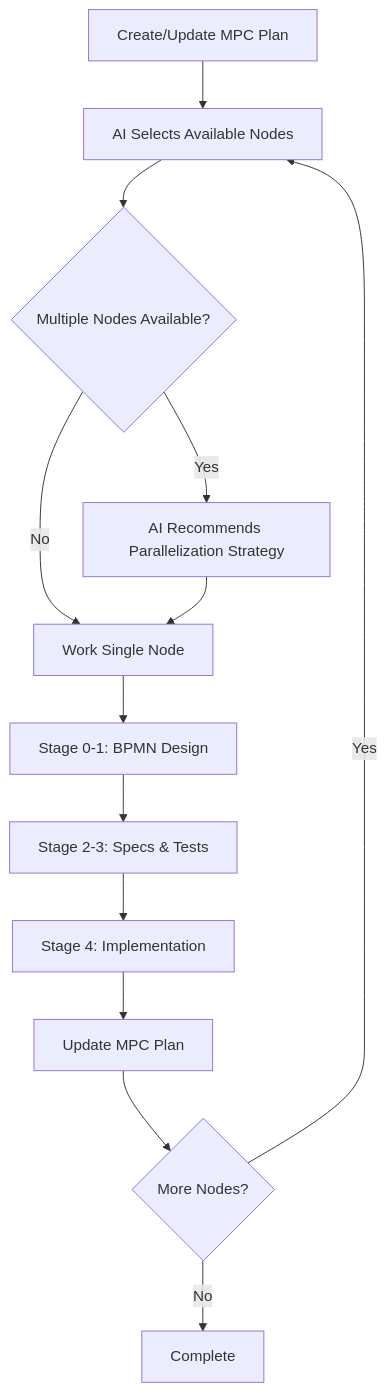
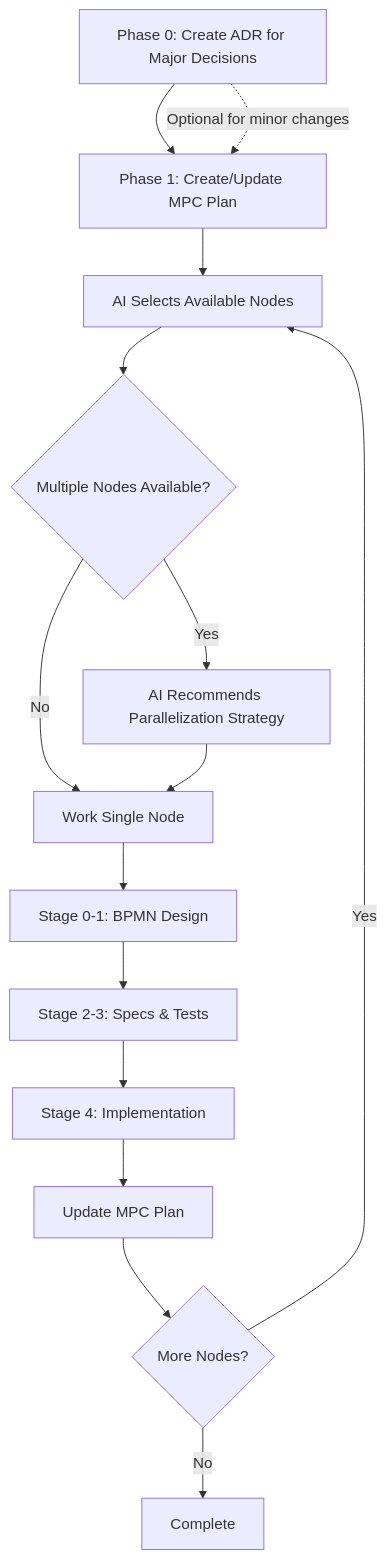
The diagram in docs/dev-workflow.md (mattbarlow-sg/workflows), drawn with Mermaid before and after one commit. The commit also changed other lines of this file and 29 other files, not shown here.

````diff
--- a/docs/dev-workflow.md
+++ b/docs/dev-workflow.md
@@ -12,15 +13,18 @@
 ```mermaid
 graph TB
-    A[Create/Update MPC Plan] --> B[AI Selects Available Nodes]
+    ADR[Phase 0: Create ADR for Major Decisions] --> A[Phase 1: Create/Update MPC Plan]
+    A --> B[AI Selects Available Nodes]
     B --> C{Multiple Nodes Available?}
     C -->|Yes| D[AI Recommends Parallelization Strategy]
     C -->|No| E[Work Single Node]
     D --> E
     E --> F[Stage 0-1: BPMN Design]
     F --> G[Stage 2-3: Specs & Tests]
     G --> H[Stage 4: Implementation]
     H --> I[Update MPC Plan]
     I --> J{More Nodes?}
     J -->|Yes| B
     J -->|No| K[Complete]
+    
+    ADR -.->|Optional for minor changes| A
 ```
````
